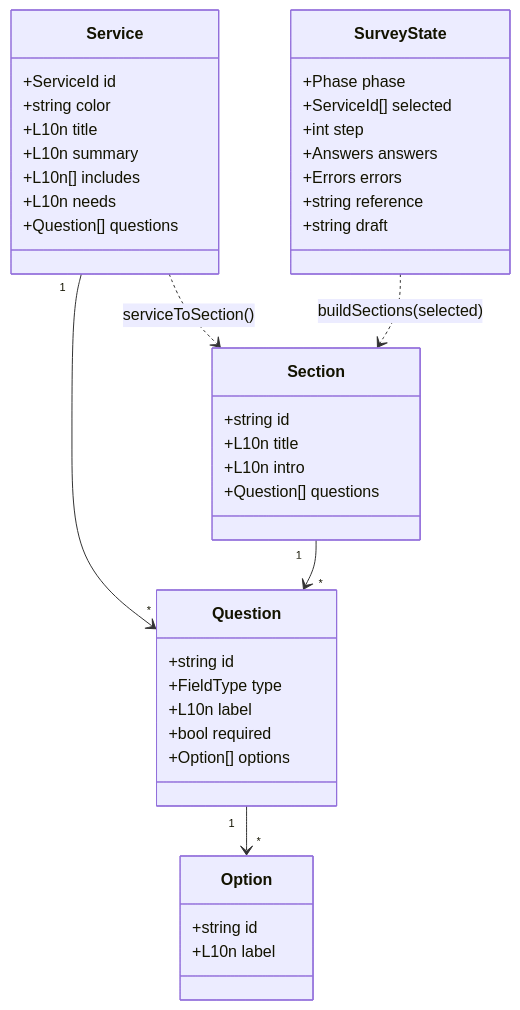
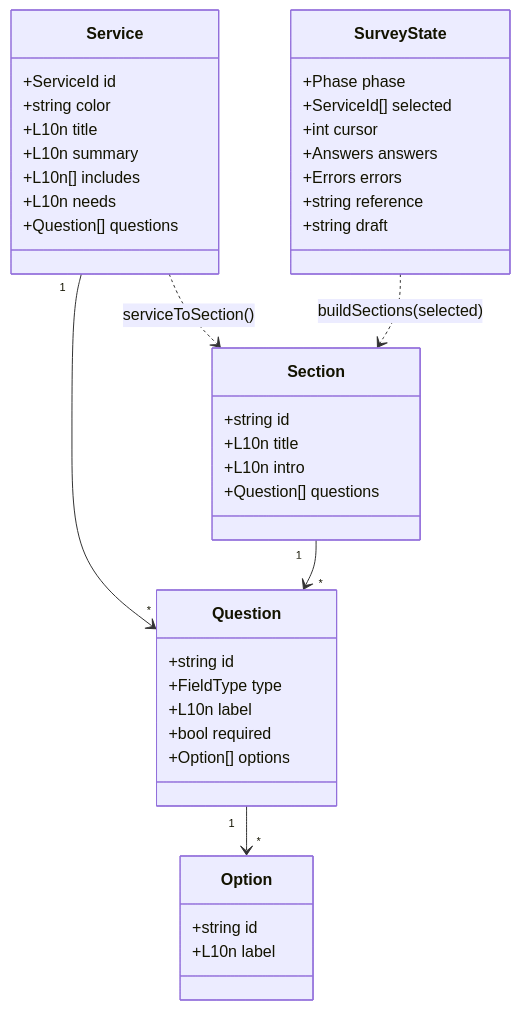
One commit to DOKK-droid/landing-ml changed the first of 3 diagrams in docs/ARQUITECTURA.md. Above: the diagram before and after it, drawn with Mermaid. The commit also changed other lines of this file and 61 other files, not shown here.

````diff
--- a/docs/ARQUITECTURA.md
+++ b/docs/ARQUITECTURA.md
@@ -38,43 +46,43 @@
 ```mermaid
 classDiagram
   class Service {
     +ServiceId id
     +string color
     +L10n title
     +L10n summary
     +L10n[] includes
     +L10n needs
     +Question[] questions
   }
   class Section {
     +string id
     +L10n title
     +L10n intro
     +Question[] questions
   }
   class Question {
     +string id
     +FieldType type
     +L10n label
     +bool required
     +Option[] options
   }
   class Option {
     +string id
     +L10n label
   }
   class SurveyState {
     +Phase phase
     +ServiceId[] selected
-    +int step
+    +int cursor
     +Answers answers
     +Errors errors
     +string reference
     +string draft
   }
   Service "1" --> "*" Question
   Section "1" --> "*" Question
   Question "1" --> "*" Option
   Service ..> Section : serviceToSection()
   SurveyState ..> Section : buildSections(selected)
 ```
````
